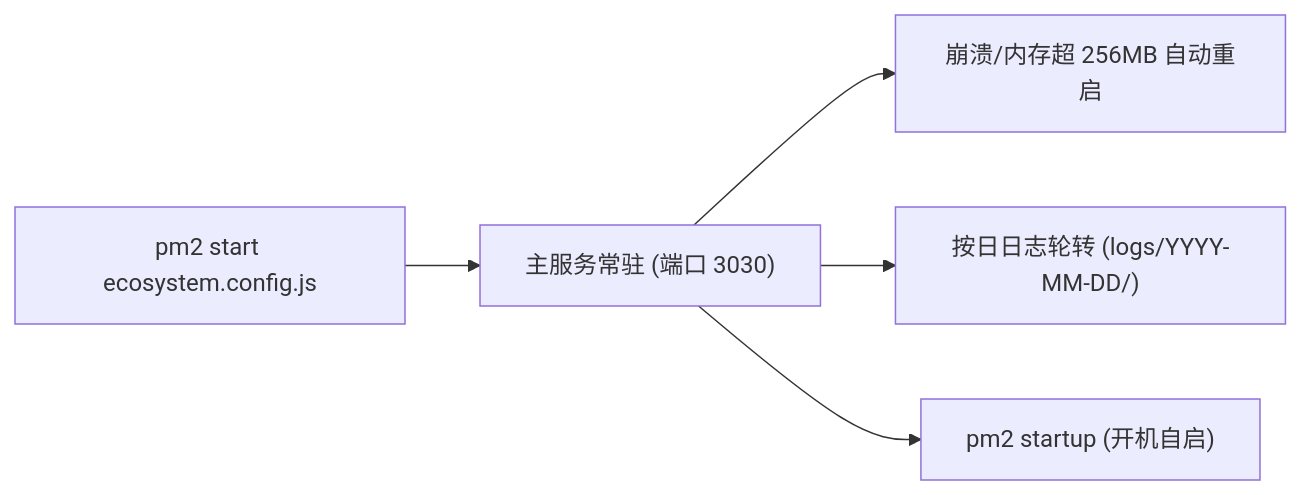
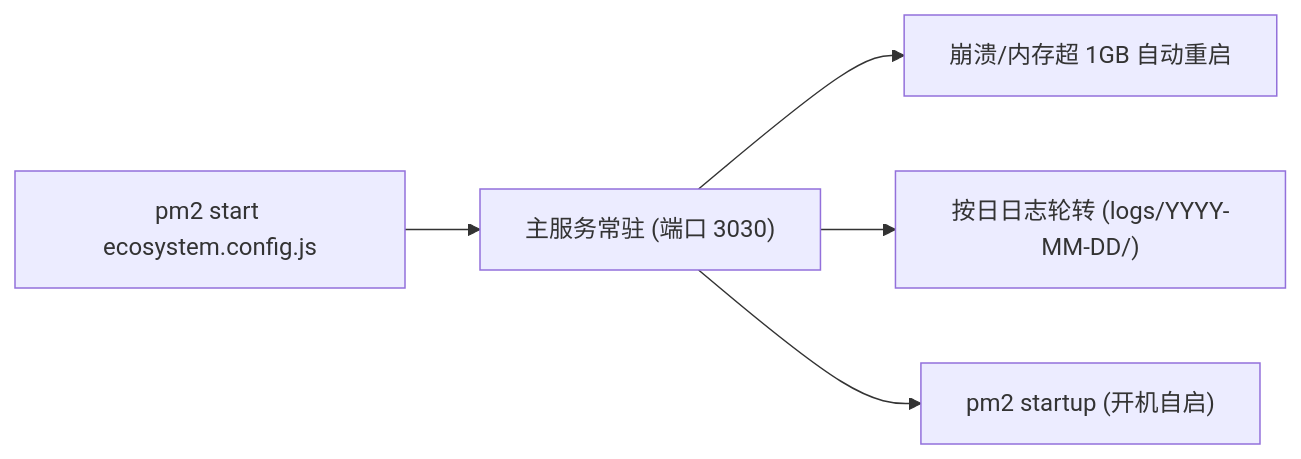
Before and after one commit to fanxiaolongx-max/Dragon-Platform: diagram 17 of 20 in tools-platform/README.md, drawn with Mermaid. The commit also changed other lines of this file and 9 other files, not shown here.

````diff
--- a/tools-platform/README.md
+++ b/tools-platform/README.md
@@ -1644,7 +1620,7 @@
 ```mermaid
 flowchart LR
     M1["pm2 start ecosystem.config.js"] --> M2["主服务常驻 (端口 3030)"]
-    M2 --> M3["崩溃/内存超 256MB 自动重启"]
+    M2 --> M3["崩溃/内存超 1GB 自动重启"]
     M2 --> M4["按日日志轮转 (logs/YYYY-MM-DD/)"]
     M2 --> M5["pm2 startup (开机自启)"]
 ```
````
